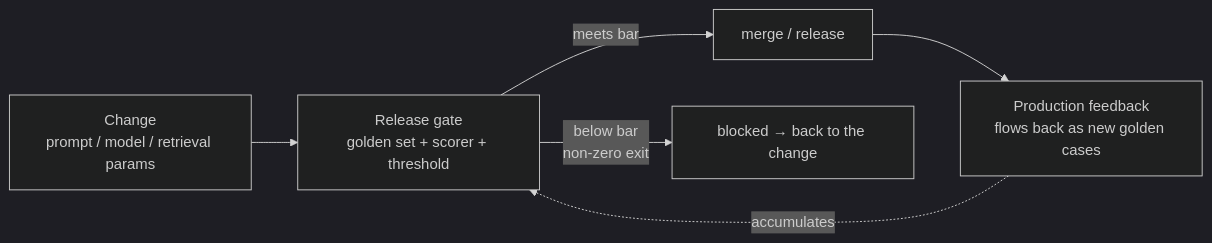
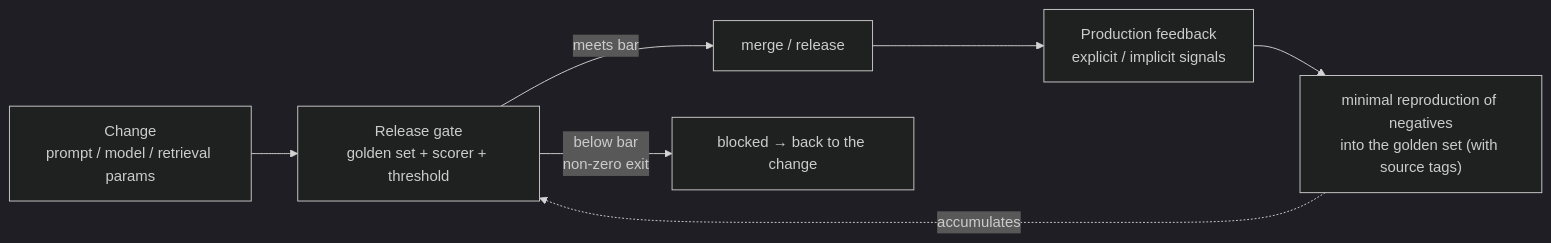
One commit to zenHeart/learn-ai changed the diagram in docs/tech/08-production/evaluation.md. Above: the diagram before and after it, drawn with Mermaid (dark theme). The commit also changed other lines of this file and 67 other files, not shown here.

````diff
--- a/docs/tech/08-production/evaluation.md
+++ b/docs/tech/08-production/evaluation.md
@@ -32,8 +32,9 @@
 ```mermaid
 flowchart LR
     A["Change<br/>prompt / model / retrieval params"] --> G["Release gate<br/>golden set + scorer + threshold"]
     G -->|meets bar| M["merge / release"]
     G -->|below bar<br/>non-zero exit| B["blocked → back to the change"]
-    M --> P["Production feedback<br/>flows back as new golden cases"]
-    P -.accumulates.-> G
+    M --> P["Production feedback<br/>explicit / implicit signals"]
+    P --> D["minimal reproduction of negatives<br/>into the golden set (with source tags)"]
+    D -.accumulates.-> G
 ```
````
